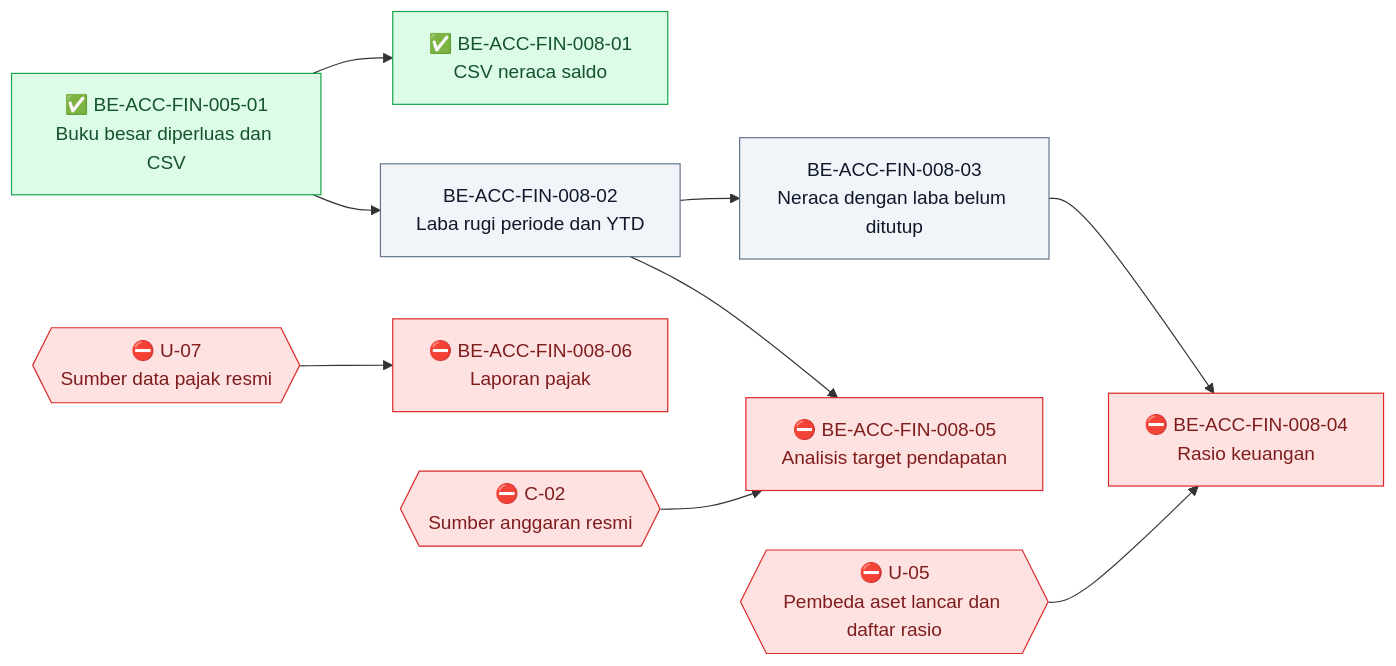
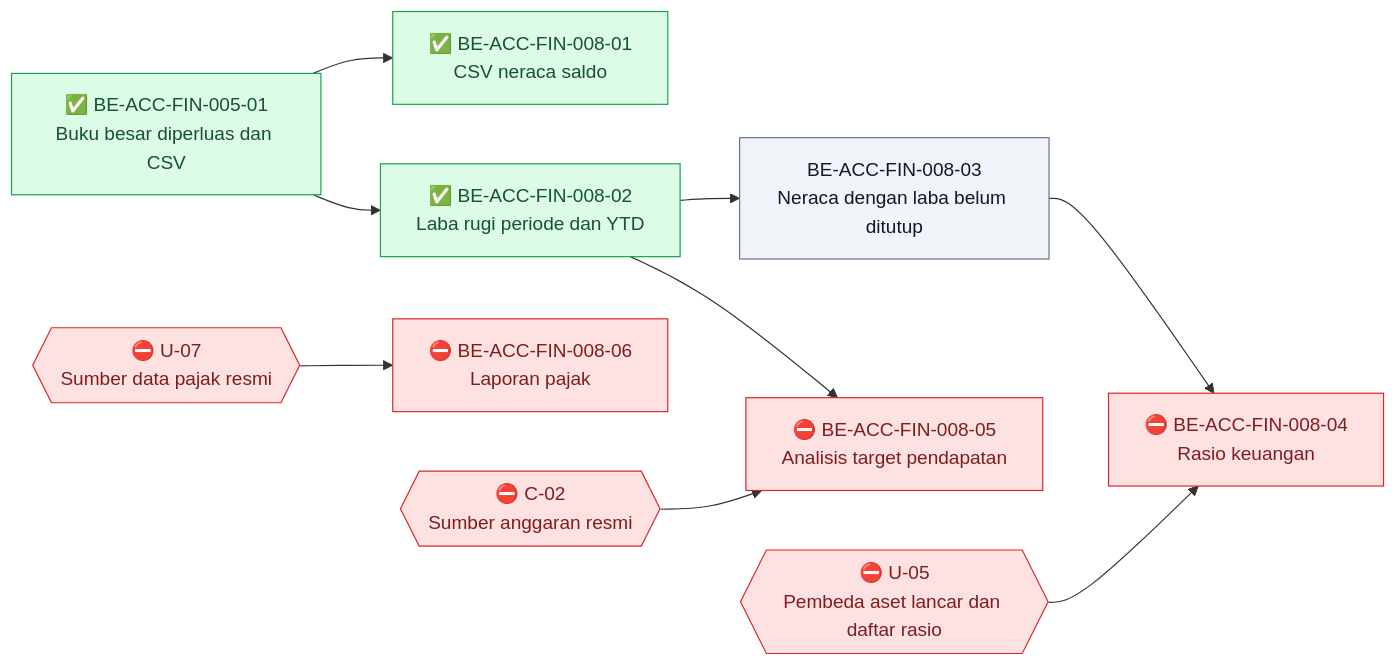
The diagram in docs/module-blueprints/accounting/roadmap/backend-roadmap-finishing.md (DevBenari/NewQuilvianSystemBackend), drawn with Mermaid before and after one commit. The commit also changed other lines of this file and 9 other files, not shown here.

First line of the commit message:
feat(accounting): laba rugi periode dan YTD dengan pembanding (BE-ACC-FIN-008-02)

````diff
--- a/docs/module-blueprints/accounting/roadmap/backend-roadmap-finishing.md
+++ b/docs/module-blueprints/accounting/roadmap/backend-roadmap-finishing.md
@@ -43,28 +43,28 @@
 ```mermaid
 flowchart LR
     classDef selesai fill:#DCFCE7,stroke:#16A34A,color:#14532D
     classDef sebagian fill:#FEF9C3,stroke:#CA8A04,color:#713F12
     classDef terblokir fill:#FEE2E2,stroke:#DC2626,color:#7F1D1D
     classDef belum fill:#F1F5F9,stroke:#64748B,color:#0F172A
     classDef luar fill:#EDE9FE,stroke:#7C3AED,color:#3B0764
 
     BEACCFIN00501["✅ BE-ACC-FIN-005-01<br/>Buku besar diperluas dan CSV"]:::selesai
     BEACCFIN00801["✅ BE-ACC-FIN-008-01<br/>CSV neraca saldo"]:::selesai
-    BEACCFIN00802["BE-ACC-FIN-008-02<br/>Laba rugi periode dan YTD"]:::belum
+    BEACCFIN00802["✅ BE-ACC-FIN-008-02<br/>Laba rugi periode dan YTD"]:::selesai
     BEACCFIN00803["BE-ACC-FIN-008-03<br/>Neraca dengan laba belum ditutup"]:::belum
     BEACCFIN00804["⛔ BE-ACC-FIN-008-04<br/>Rasio keuangan"]:::terblokir
     BEACCFIN00805["⛔ BE-ACC-FIN-008-05<br/>Analisis target pendapatan"]:::terblokir
     BEACCFIN00806["⛔ BE-ACC-FIN-008-06<br/>Laporan pajak"]:::terblokir
     U05{{"⛔ U-05<br/>Pembeda aset lancar dan daftar rasio"}}:::terblokir
     C02{{"⛔ C-02<br/>Sumber anggaran resmi"}}:::terblokir
     U07{{"⛔ U-07<br/>Sumber data pajak resmi"}}:::terblokir
 
     BEACCFIN00501 --> BEACCFIN00801
     BEACCFIN00501 --> BEACCFIN00802
     BEACCFIN00802 --> BEACCFIN00803
     BEACCFIN00803 --> BEACCFIN00804
     U05 --> BEACCFIN00804
     BEACCFIN00802 --> BEACCFIN00805
     C02 --> BEACCFIN00805
     U07 --> BEACCFIN00806
 ```
````
